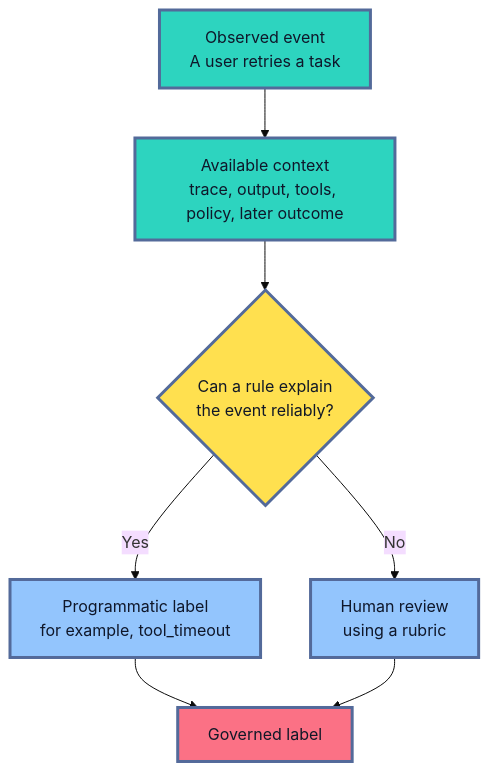
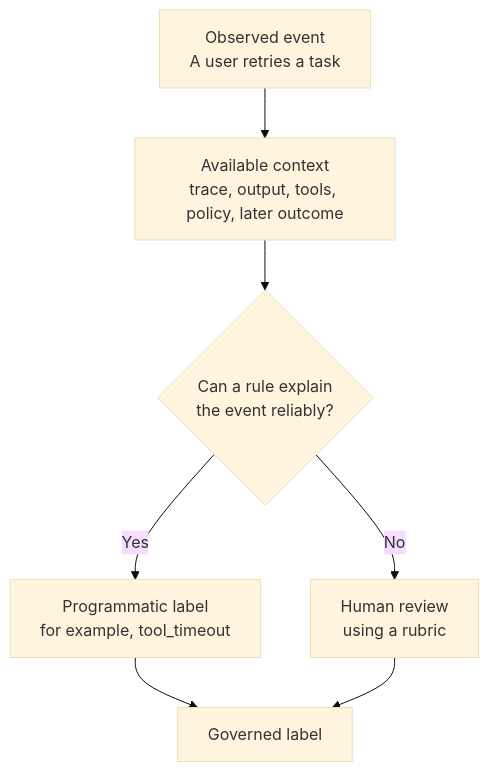
Before and after one commit to senlinyy/dev-roadmaps: the second of 7 diagrams in roadmaps/mlops/modules/llmops/adaptation-and-feedback/02-production-feedback-and-eval-flywheel.md, drawn with Mermaid (base theme). The commit also changed other lines of this file and 152 other files, not shown here.

Commit message:
feat: mlops and diagrams updated

````diff
--- a/roadmaps/mlops/modules/llmops/adaptation-and-feedback/02-production-feedback-and-eval-flywheel.md
+++ b/roadmaps/mlops/modules/llmops/adaptation-and-feedback/02-production-feedback-and-eval-flywheel.md
@@ -84,18 +80,14 @@
 ```mermaid
 flowchart TD
     A["Observed event<br/>A user retries a task"] --> B["Available context<br/>trace, output, tools, policy, later outcome"]
     B --> C{"Can a rule explain<br/>the event reliably?"}
     C -->|"Yes"| D["Programmatic label<br/>for example, tool_timeout"]
     C -->|"No"| E["Human review<br/>using a rubric"]
     D --> F["Governed label"]
     E --> F
 
-    classDef observed fill:#2DD4BF,stroke:#536A9A,stroke-width:3px,color:#0F172A
-    classDef decision fill:#FFE04F,stroke:#536A9A,stroke-width:3px,color:#111827
-    classDef review fill:#93C5FD,stroke:#536A9A,stroke-width:3px,color:#0F172A
-    classDef result fill:#FB7185,stroke:#536A9A,stroke-width:3px,color:#111827
     class A,B observed
     class C decision
     class D,E review
     class F result
 ```
````
